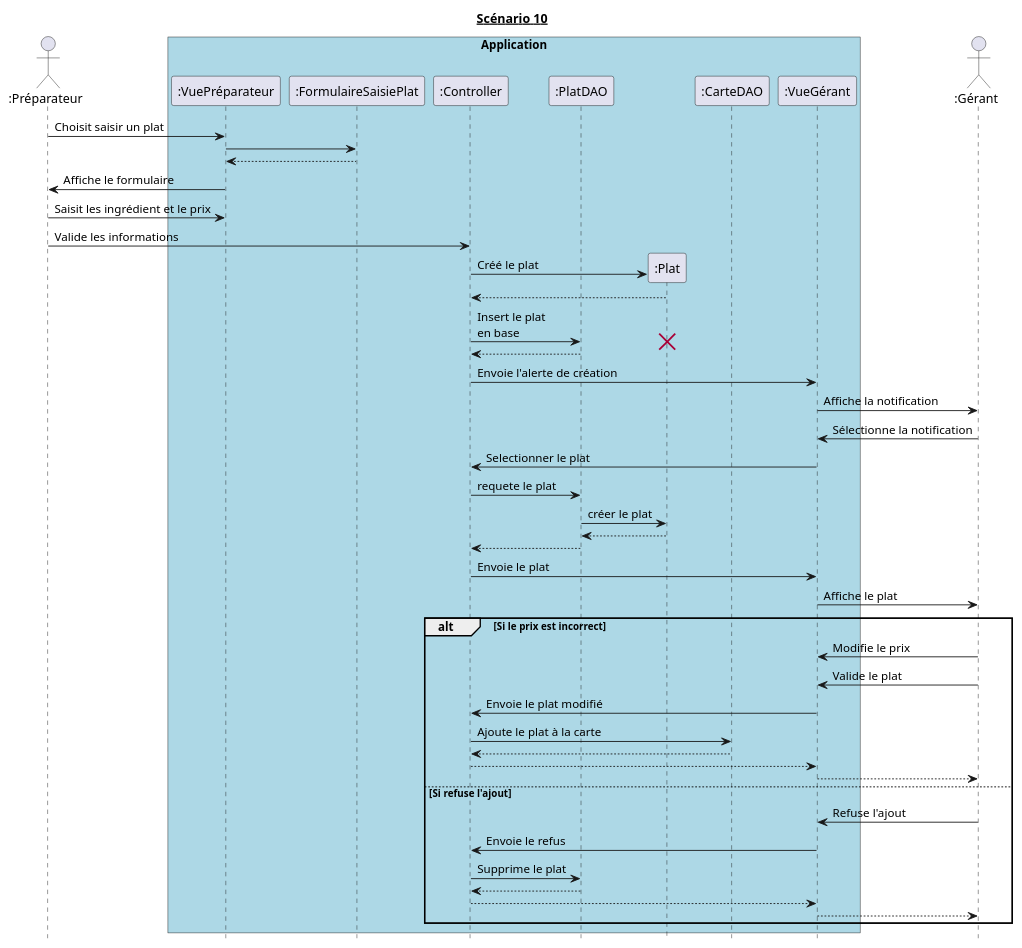
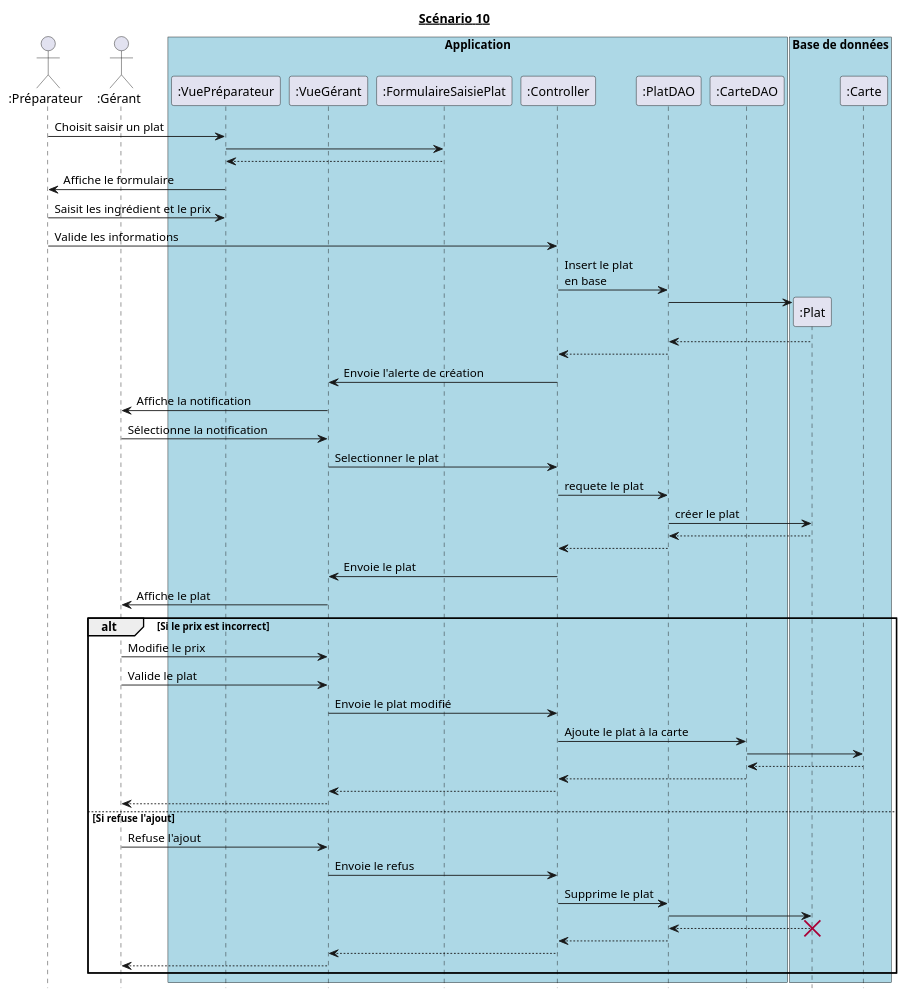
The diagram in diagrammes_sequences_detailles/dss10.md (hulskenA/GL-Les_seigneurs_du_resto), drawn with PlantUML before and after one commit. The commit also changed 7 other files, not shown here.

````diff
--- a/diagrammes_sequences_detailles/dss10.md
+++ b/diagrammes_sequences_detailles/dss10.md
@@ -1,67 +1,73 @@
 ```puml
 @startuml
 hide footbox
 title __Scénario 10__
 
 
 actor ":Préparateur" as Préparateur order 10
-actor ":Gérant" as Gérant order 100
+actor ":Gérant" as Gérant order 20
 
 box "Application" #Lightblue
     participant ":VuePréparateur" as VuePréparateur order 30
-    participant ":FormulaireSaisiePlat" as FormulaireSaisiePlat order 40
-    participant ":Controller" as Controller order 50
-    participant ":PlatDAO" as PlatDAO order 60
-    participant ":Plat" as Plat order 70
+    participant ":VueGérant" as VueGérant order 40
+    participant ":FormulaireSaisiePlat" as FormulaireSaisiePlat order 50
+    participant ":Controller" as Controller order 60
+    participant ":PlatDAO" as PlatDAO order 70
     participant ":CarteDAO" as CarteDAO order 80
-    participant ":VueGérant" as VueGérant order 90
 endbox
 
+box "Base de données" #Lightblue
+  participant ":Plat" as Plat order 90
+  participant ":Carte" as Carte order 100
+endbox
 
 Préparateur -> VuePréparateur : Choisit saisir un plat
 VuePréparateur -> FormulaireSaisiePlat
 VuePréparateur <-- FormulaireSaisiePlat
 Préparateur <- VuePréparateur : Affiche le formulaire
 Préparateur -> VuePréparateur : Saisit les ingrédient et le prix
 Préparateur -> Controller : Valide les informations
 
+Controller -> PlatDAO : Insert le plat\nen base
 Create Plat
-Controller -> Plat : Créé le plat
-Controller <-- Plat
-
-Controller -> PlatDAO : Insert le plat\nen base
-destroy Plat
+PlatDAO -> Plat
+PlatDAO <-- Plat
 Controller <-- PlatDAO
 
 Controller -> VueGérant : Envoie l'alerte de création
 VueGérant -> Gérant : Affiche la notification
 VueGérant <- Gérant : Sélectionne la notification
 
 VueGérant -> Controller : Selectionner le plat
 Controller -> PlatDAO : requete le plat
 
 PlatDAO -> Plat : créer le plat
 PlatDAO <-- Plat
 Controller <-- PlatDAO
 Controller -> VueGérant : Envoie le plat
 VueGérant -> Gérant : Affiche le plat
 
 alt Si le prix est incorrect
   Gérant -> VueGérant : Modifie le prix
     Gérant -> VueGérant : Valide le plat
     VueGérant -> Controller : Envoie le plat modifié
     Controller -> CarteDAO : Ajoute le plat à la carte
+    CarteDAO -> Carte
+    CarteDAO <-- Carte
     Controller <-- CarteDAO
     VueGérant <-- Controller
     Gérant <-- VueGérant
 else Si refuse l'ajout
   Gérant -> VueGérant : Refuse l'ajout
   VueGérant -> Controller : Envoie le refus
   Controller -> PlatDAO : Supprime le plat
+  PlatDAO -> Plat
+  PlatDAO <-- Plat
+  destroy Plat
   Controller <-- PlatDAO
   Controller --> VueGérant
   Gérant <-- VueGérant
 end
 
 @enduml
 ```
````
